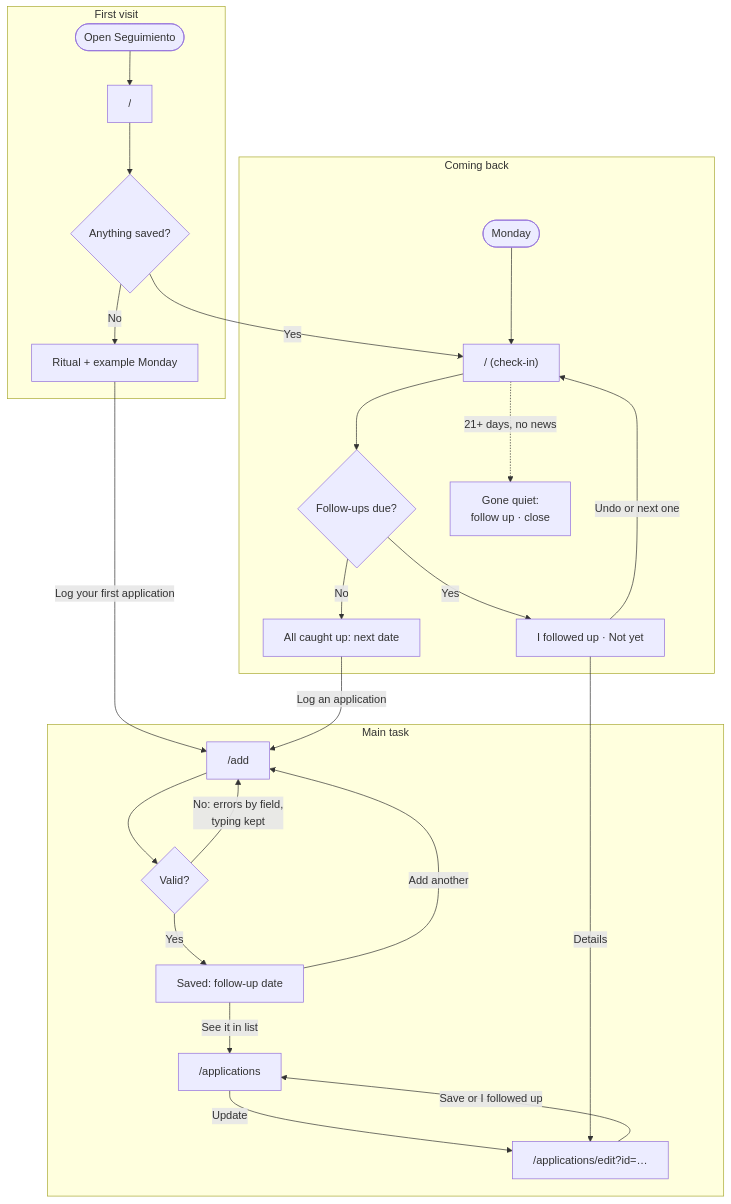
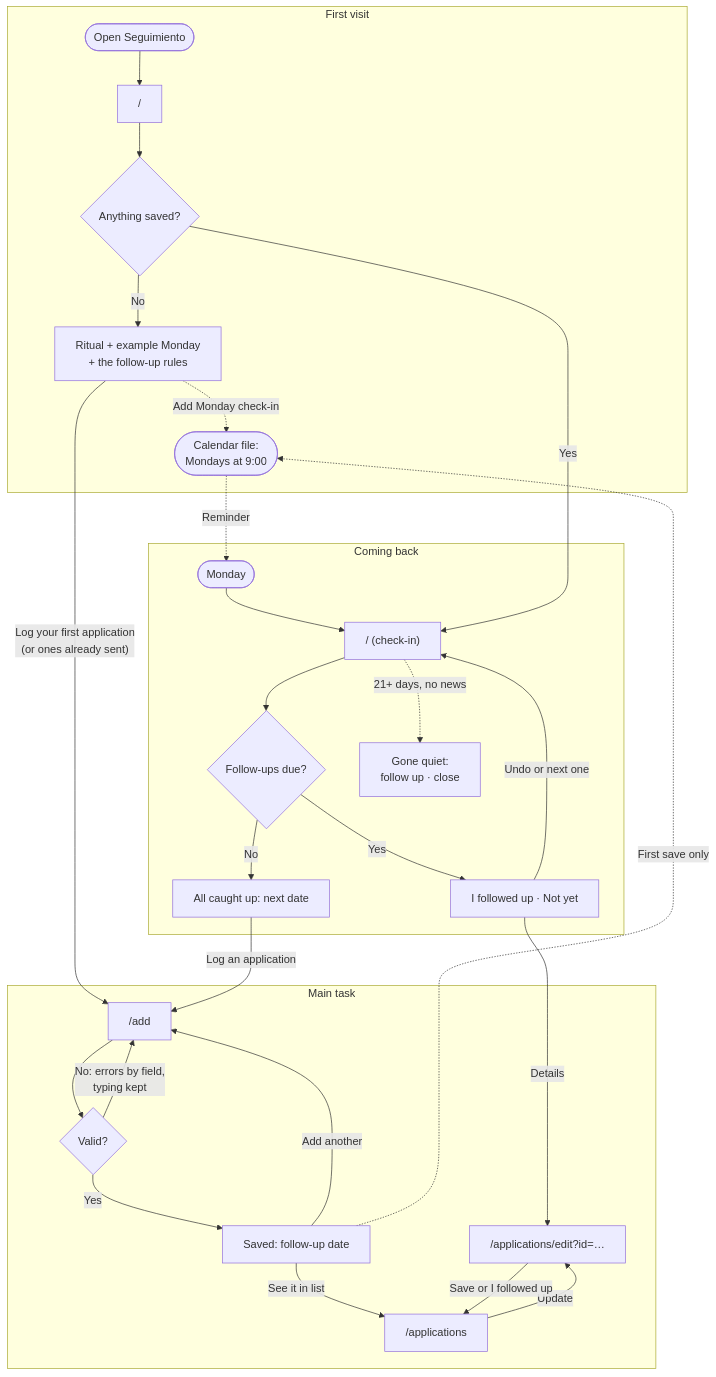
One commit to gmedranotorres/projectdbs changed the diagram in a3-patterns-and-flows/README.md. Above: the diagram before and after it, drawn with Mermaid. The commit also changed other lines of this file and 5 other files, not shown here.

````diff
--- a/a3-patterns-and-flows/README.md
+++ b/a3-patterns-and-flows/README.md
@@ -17,32 +17,35 @@
 ```mermaid
 flowchart TD
   subgraph first["First visit"]
     open(["Open Seguimiento"]) --> home["/"]
     home --> anything{"Anything saved?"}
-    anything -- No --> empty["Ritual + example Monday"]
+    anything -- No --> empty["Ritual + example Monday<br/>+ the follow-up rules"]
+    empty -. "Add Monday check-in" .-> ics(["Calendar file:<br/>Mondays at 9:00"])
   end
 
   subgraph main["Main task"]
     add["/add"] --> valid{"Valid?"}
     valid -- "No: errors by field,<br/>typing kept" --> add
     valid -- Yes --> saved["Saved: follow-up date"]
     saved -- "Add another" --> add
     saved -- "See it in list" --> list["/applications"]
     list -- Update --> edit["/applications/edit?id=…"]
     edit -- "Save or I followed up" --> list
   end
 
   subgraph back["Coming back"]
     monday(["Monday"]) --> checkin["/ (check-in)"]
     checkin --> due{"Follow-ups due?"}
     due -- Yes --> act["I followed up · Not yet"]
     act -- "Undo or next one" --> checkin
     due -- No --> caught["All caught up: next date"]
     checkin -. "21+ days, no news" .-> quiet["Gone quiet:<br/>follow up · close"]
   end
 
-  empty -- "Log your first application" --> add
+  empty -- "Log your first application<br/>(or ones already sent)" --> add
+  saved -. "First save only" .-> ics
+  ics -. "Reminder" .-> monday
   anything -- Yes --> checkin
   act -- Details --> edit
   caught -- "Log an application" --> add
 ```
````
